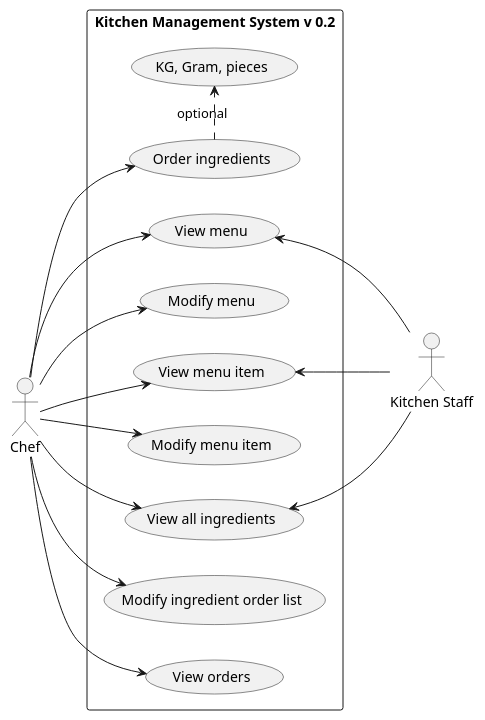
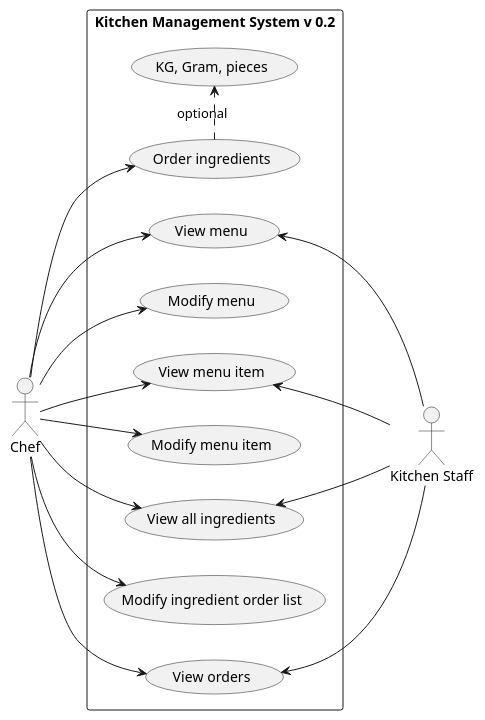
Before and after one commit to mrjink/molveno: the diagram in src/main/docs/uml/use-case/restaurant/kitchen.puml, drawn with PlantUML. The commit also changed 4 other files, not shown here.

```diff
--- a/src/main/docs/uml/use-case/restaurant/kitchen.puml
+++ b/src/main/docs/uml/use-case/restaurant/kitchen.puml
@@ -1,38 +1,39 @@
 @startuml
 
 left to right direction
 
 actor Chef
 actor "Kitchen Staff" as KS
 
 rectangle "Kitchen Management System v 0.2" {
     (View menu) as (MenuView)
     (Modify menu) as (MenuUpdate)
 
     (View menu item) as (MenuItemView)
     (Modify menu item) as (MenuItemUpdate)
 
     (View all ingredients) as (IngredientAll)
     (Modify ingredient order list) as (IngredientUpdate)
     (Order ingredients) as (IngredientOrder)
     (View orders) as (KitchenOrderView)
     (KG, Gram, pieces) as (IngredientQuantity)
 
     (IngredientOrder) .> (IngredientQuantity) : optional
 
     Chef --> (MenuView)
     Chef --> (MenuUpdate)
     Chef --> (MenuItemView)
     Chef --> (MenuItemUpdate)
 
     Chef --> (IngredientAll)
     Chef --> (IngredientUpdate)
     Chef --> (IngredientOrder)
     Chef --> (KitchenOrderView)
 
     (MenuView) <-- KS
     (MenuItemView) <-- KS
     (IngredientAll) <-- KS
+    (KitchenOrderView) <-- KS
 }
 
 @enduml
```
